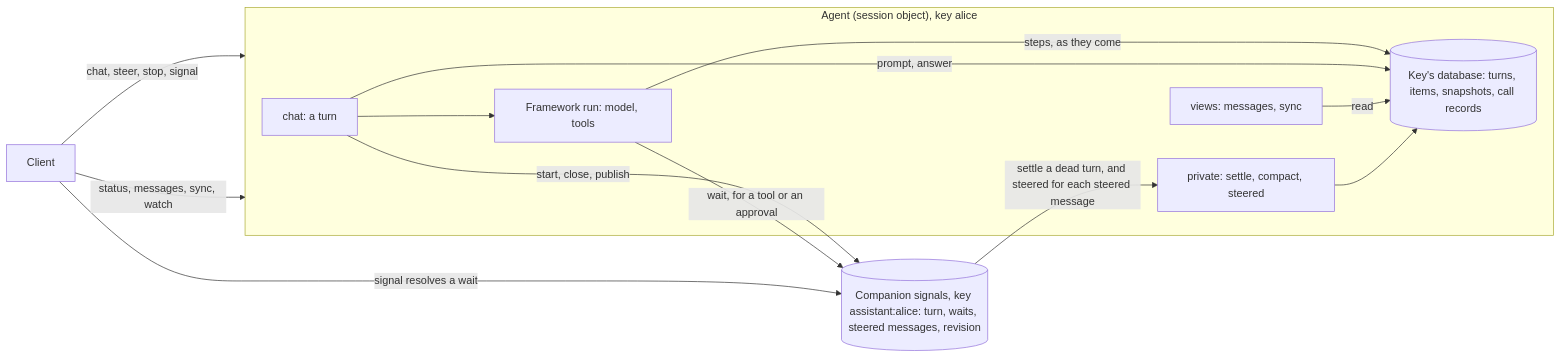
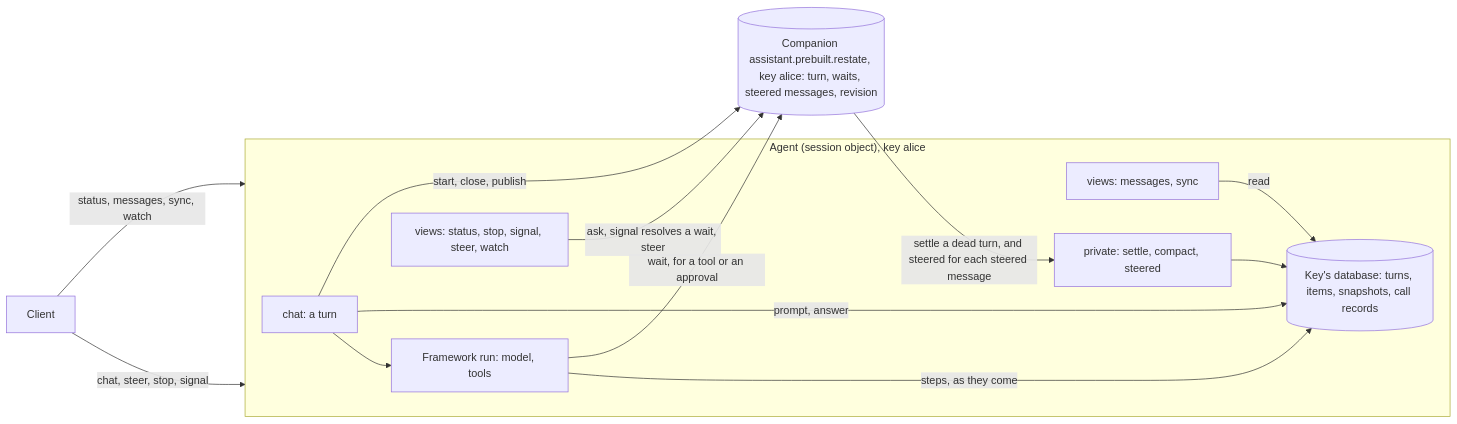
Before and after one commit to restatedev/sdk-python: the diagram in docs/agents/README.md, drawn with Mermaid. The commit also changed other lines of this file and 44 other files, not shown here.

````diff
--- a/docs/agents/README.md
+++ b/docs/agents/README.md
@@ -42,17 +47,18 @@
 ```mermaid
 flowchart LR
   C[Client] -- "chat, steer, stop, signal" --> A
   C -- "status, messages, sync, watch" --> A
   subgraph A["Agent (session object), key alice"]
     H["chat: a turn"] --> F["Framework run: model, tools"]
     F -- "steps, as they come" --> T
     H -- "prompt, answer" --> T
     T[("Key's database: turns, items, snapshots, call records")]
     V["views: messages, sync"] -- read --> T
     X["private: settle, compact, steered"] --> T
+    W["views: status, stop, signal, steer, watch"]
   end
-  H -- "start, close, publish" --> S[("Companion signals, key assistant:alice: turn, waits, steered messages, revision")]
+  H -- "start, close, publish" --> S[("Companion assistant.prebuilt.restate, key alice: turn, waits, steered messages, revision")]
   F -- "wait, for a tool or an approval" --> S
-  C -- "signal resolves a wait" --> S
+  W -- "ask, signal resolves a wait, steer" --> S
   S -- "settle a dead turn, and steered for each steered message" --> X
 ```
````
